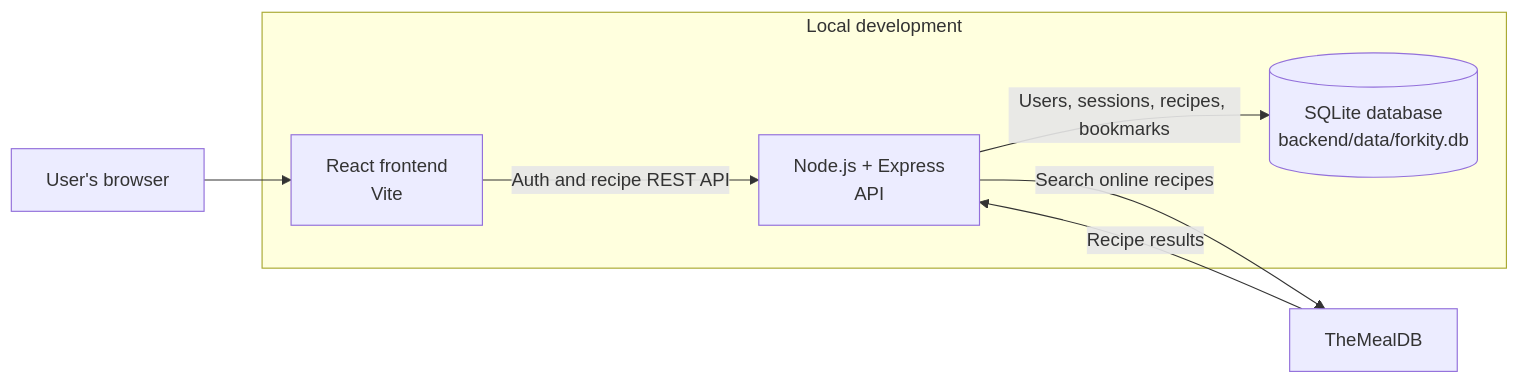
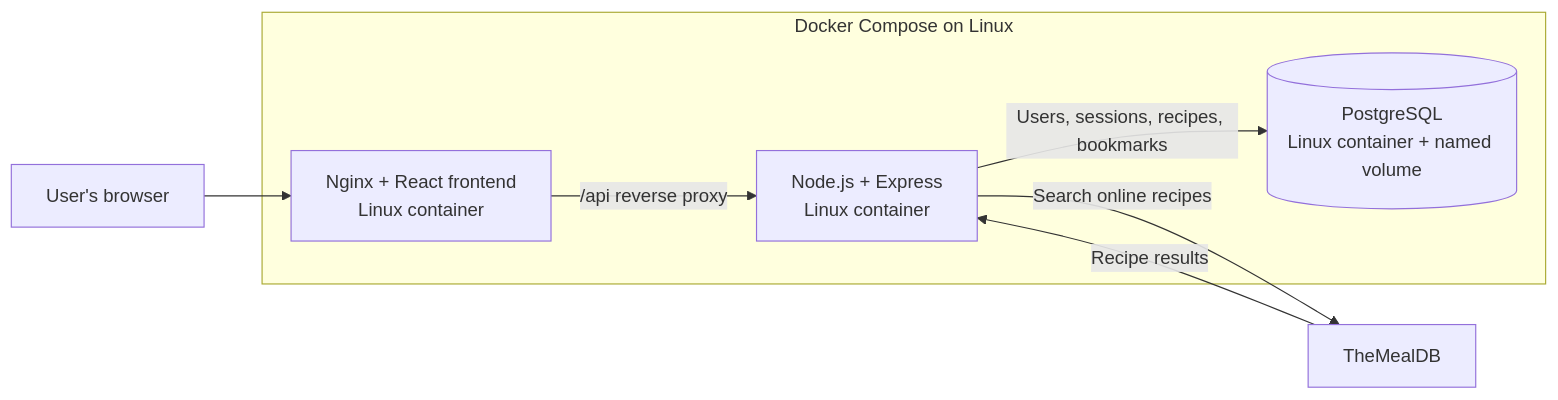
One commit to itayLev-Ops-Playground/Forkity-V1 changed the diagram in docs/architecture.md. Above: the diagram before and after it, drawn with Mermaid. The commit also changed other lines of this file and 13 other files, not shown here.

Commit message:
feat: containerize Forkity with PostgreSQL and Docker Compose

````diff
--- a/docs/architecture.md
+++ b/docs/architecture.md
@@ -5,14 +5,14 @@
 ```mermaid
 flowchart LR
-    User[User's browser] --> FE[React frontend<br/>Vite]
-    FE -->|Auth and recipe REST API| BE[Node.js + Express<br/>API]
-    BE -->|Users, sessions, recipes, bookmarks| DB[(SQLite database<br/>backend/data/forkity.db)]
+    User[User's browser] --> FE[Nginx + React frontend<br/>Linux container]
+    FE -->|/api reverse proxy| BE[Node.js + Express<br/>Linux container]
+    BE -->|Users, sessions, recipes, bookmarks| DB[(PostgreSQL<br/>Linux container + named volume)]
     BE -->|Search online recipes| EXT[TheMealDB]
     EXT -->|Recipe results| BE
 
-    subgraph Local development
+    subgraph Docker Compose on Linux
         FE
         BE
         DB
     end
 ```
````
